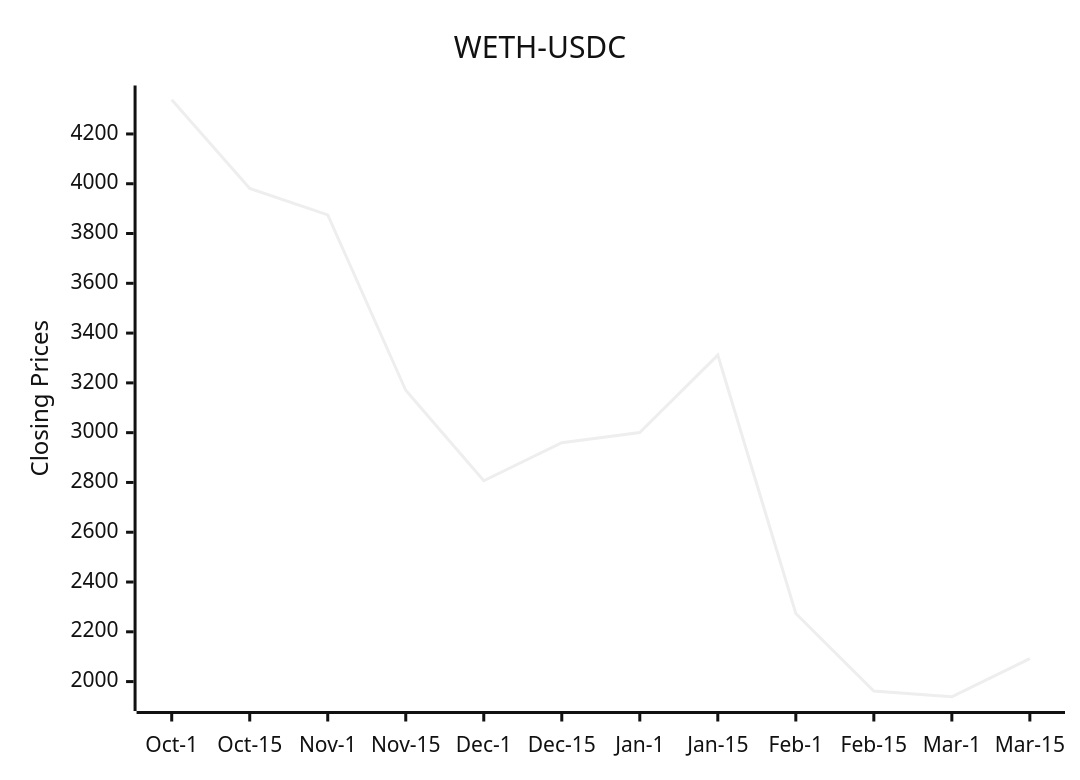
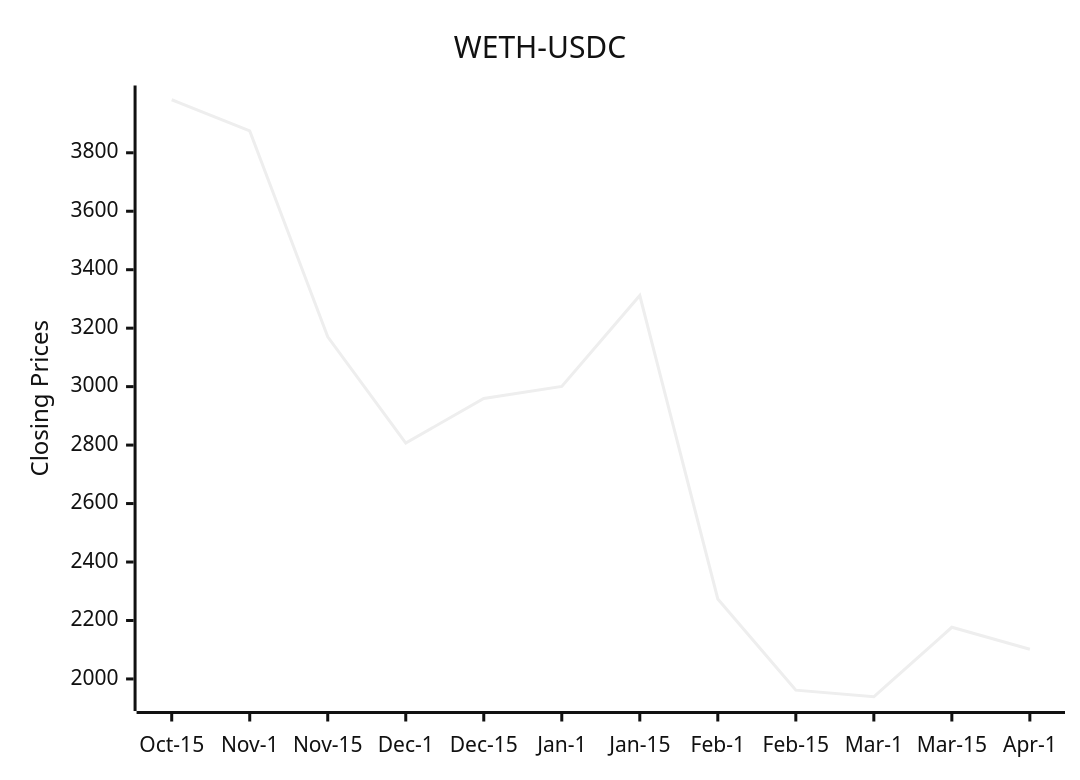
The diagram in README.md (bicced/ReadmeCryptoPriceChart), drawn with Mermaid (neutral theme) before and after one commit.

Commit message:
Update README with latest DEX data

````diff
--- a/README.md
+++ b/README.md
@@ -6,7 +6,7 @@
 ```mermaid
 xychart-beta
   title "WETH-USDC"
-  x-axis [Oct-1,Oct-15,Nov-1,Nov-15,Dec-1,Dec-15,Jan-1,Jan-15,Feb-1,Feb-15,Mar-1,Mar-15]
-  y-axis "Closing Prices" 1939.10322356354 --> 4337.4165948864
-  line [4337.4165948864,3981.40087035479,3874.8082284479,3170.25621083736,2806.91719695467,2959.74010356289,3000.67820680034,3311.65440575894,2273.66104115322,1961.76630440433,1939.10322356354,2092.5063847445]
+  x-axis [Oct-15,Nov-1,Nov-15,Dec-1,Dec-15,Jan-1,Jan-15,Feb-1,Feb-15,Mar-1,Mar-15,Apr-1]
+  y-axis "Closing Prices" 1939.10322356354 --> 3981.40087035479
+  line [3981.40087035479,3874.8082284479,3170.25621083736,2806.91719695467,2959.74010356289,3000.67820680034,3311.65440575894,2273.66104115322,1961.76630440433,1939.10322356354,2176.74756246377,2101.70244923534]
 ```
````
